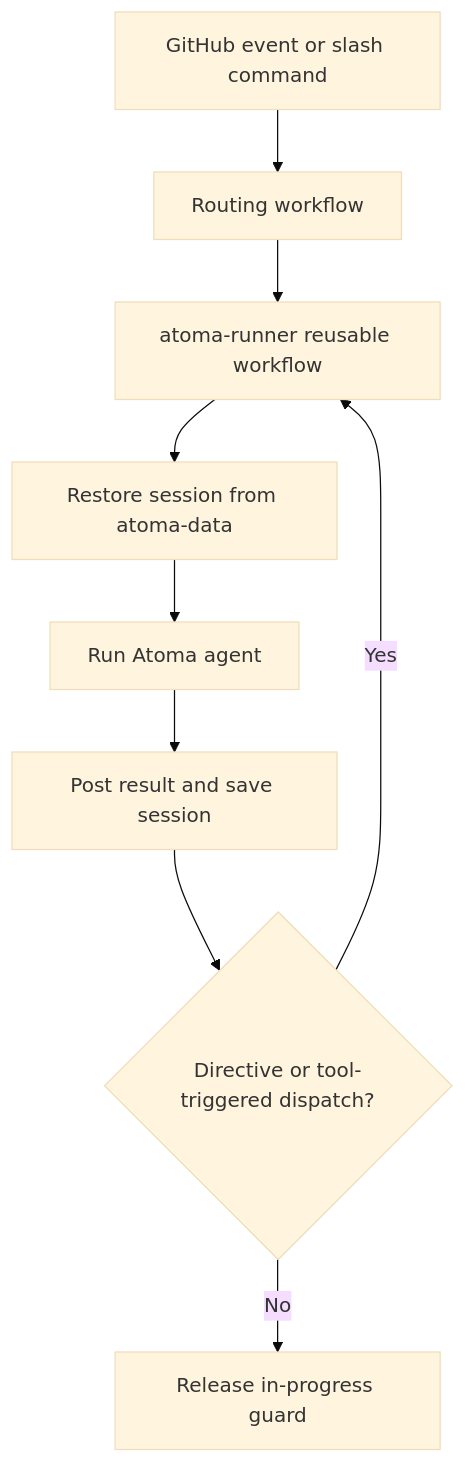
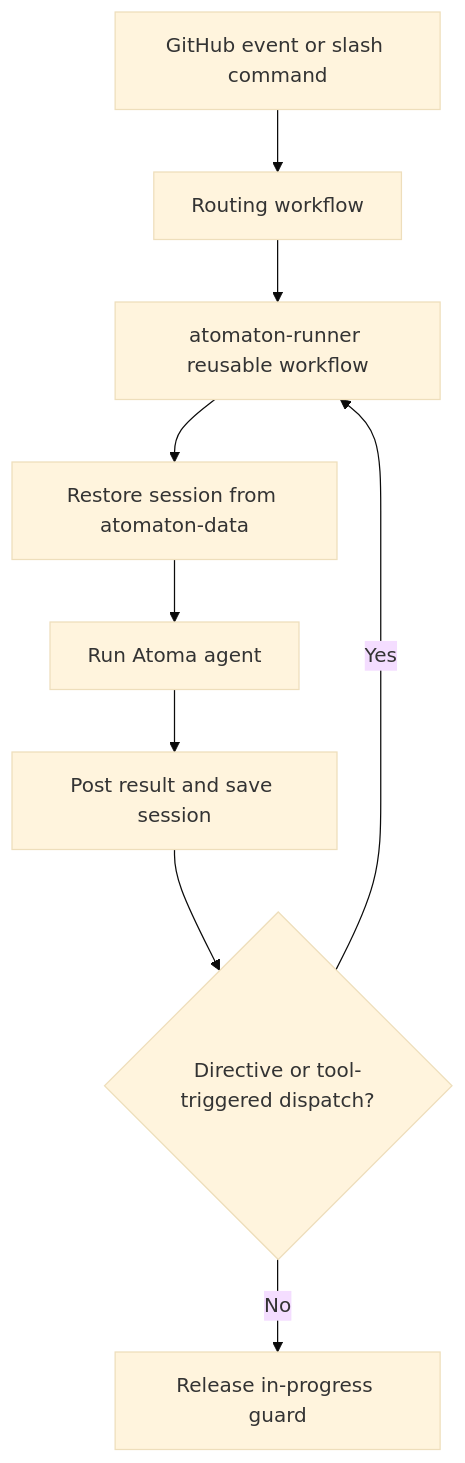
One commit to yuma-seno/atomaton-2026-09 changed the diagram in docs/operations.md. Above: the diagram before and after it, drawn with Mermaid (base theme). The commit also changed other lines of this file and 137 other files, not shown here.

````diff
--- a/docs/operations.md
+++ b/docs/operations.md
@@ -90,11 +90,11 @@
 ```mermaid
 flowchart TD
     A[GitHub event or slash command] --> B[Routing workflow]
-    B --> C[atoma-runner reusable workflow]
-    C --> D[Restore session from atoma-data]
+    B --> C[atomaton-runner reusable workflow]
+    C --> D[Restore session from atomaton-data]
     D --> E[Run Atoma agent]
     E --> F[Post result and save session]
     F --> G{Directive or tool-triggered dispatch?}
     G -->|Yes| C
     G -->|No| H[Release in-progress guard]
 ```
````
